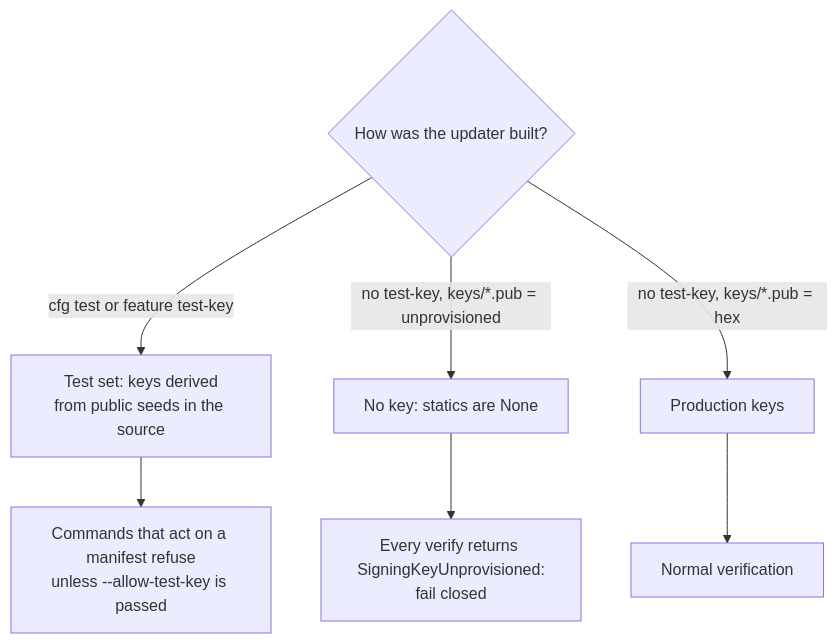
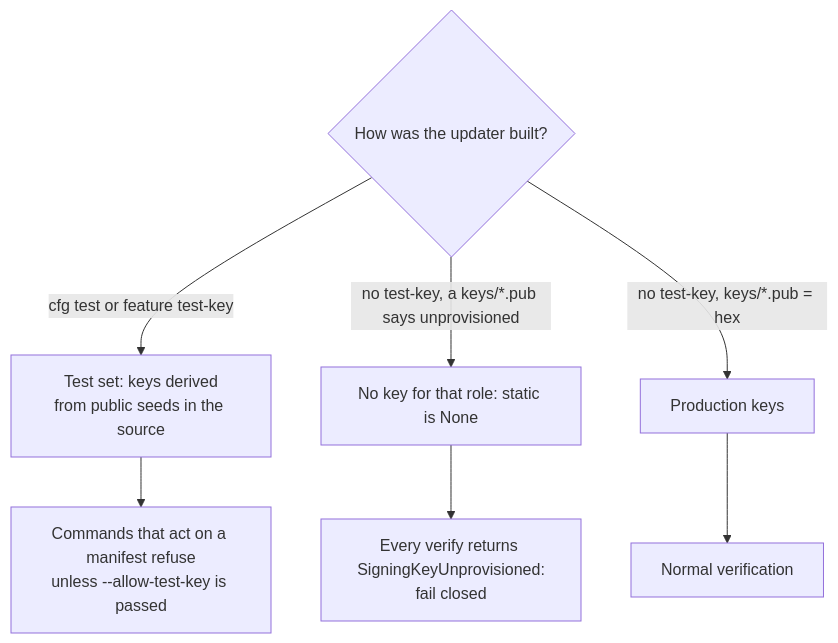
One commit to synthaea-lab/agent changed the second of 2 diagrams in docs/security-model.md. Above: the diagram before and after it, drawn with Mermaid. The commit also changed other lines of this file and 8 other files, not shown here.

````diff
--- a/docs/security-model.md
+++ b/docs/security-model.md
@@ -116,9 +116,9 @@
 ```mermaid
 flowchart TD
   B{How was the updater built?} -->|cfg test or feature test-key| T[Test set: keys derived<br/>from public seeds in the source]
-  B -->|no test-key, keys/*.pub = unprovisioned| U[No key: statics are None]
+  B -->|no test-key, a keys/*.pub says unprovisioned| U[No key for that role: static is None]
   B -->|no test-key, keys/*.pub = hex| P[Production keys]
   T --> TA[Commands that act on a manifest refuse<br/>unless --allow-test-key is passed]
   U --> UA[Every verify returns SigningKeyUnprovisioned:<br/>fail closed]
   P --> PA[Normal verification]
 ```
````
